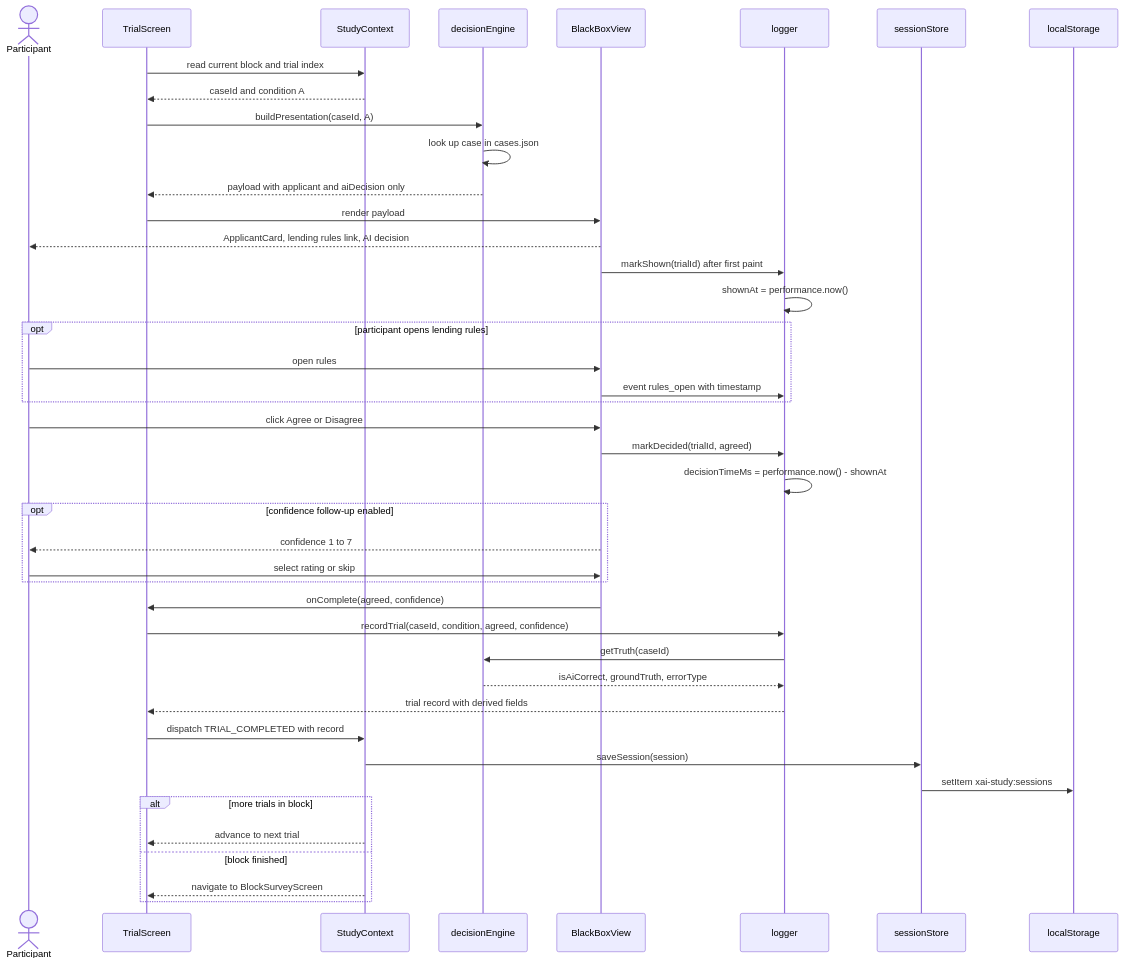
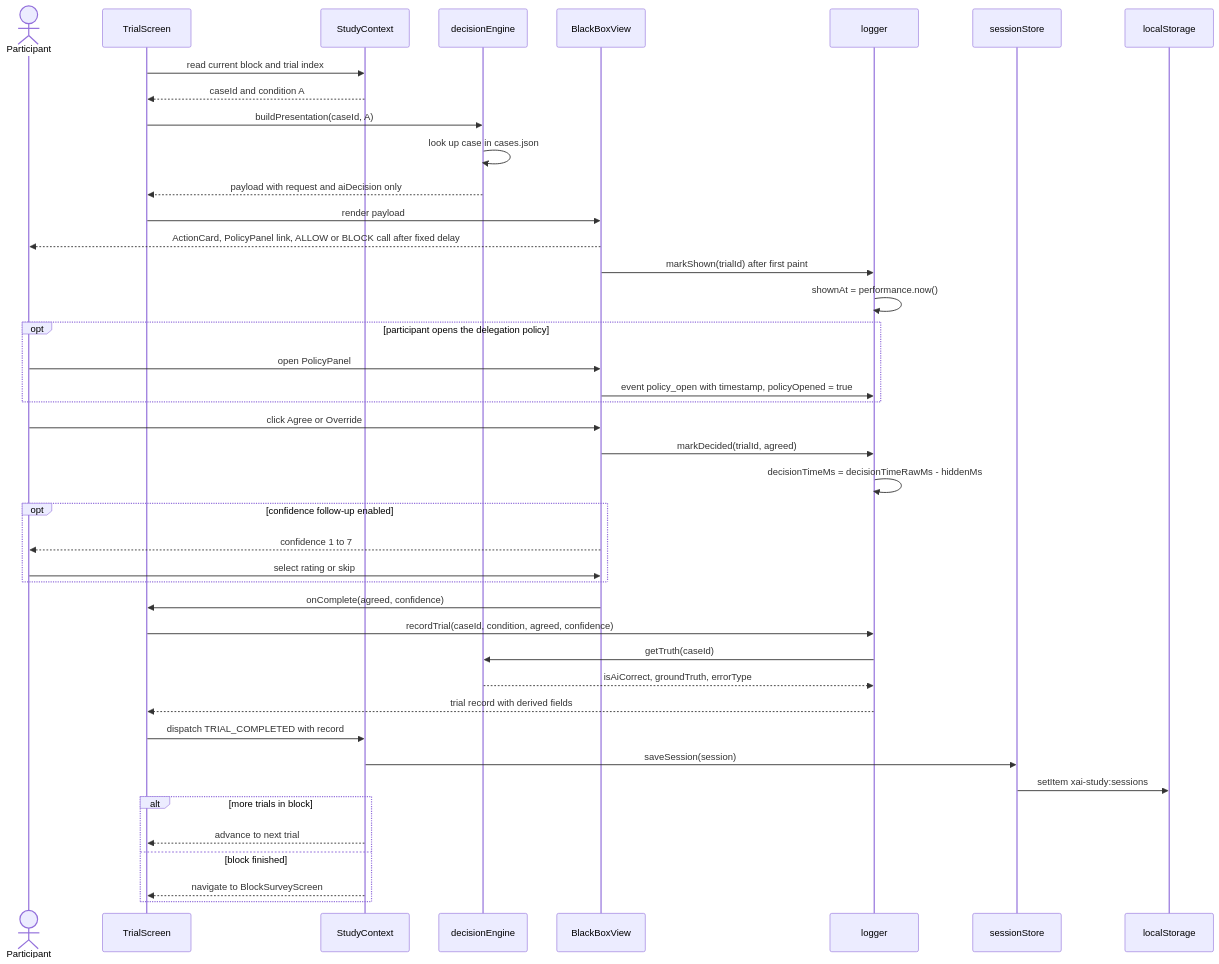
The second of 8 diagrams in docs/sequence-diagrams.md (bibekgupta3333/HCI), drawn with Mermaid before and after one commit. The commit also changed other lines of this file and 10 other files, not shown here.

````diff
--- a/docs/sequence-diagrams.md
+++ b/docs/sequence-diagrams.md
@@ -79,45 +81,45 @@
 ```mermaid
 sequenceDiagram
     actor P as Participant
     participant Trial as TrialScreen
     participant SC as StudyContext
     participant DE as decisionEngine
     participant View as BlackBoxView
     participant Log as logger
     participant SS as sessionStore
     participant LS as localStorage
 
     Trial->>SC: read current block and trial index
     SC-->>Trial: caseId and condition A
     Trial->>DE: buildPresentation(caseId, A)
     DE->>DE: look up case in cases.json
-    DE-->>Trial: payload with applicant and aiDecision only
+    DE-->>Trial: payload with request and aiDecision only
     Trial->>View: render payload
-    View-->>P: ApplicantCard, lending rules link, AI decision
+    View-->>P: ActionCard, PolicyPanel link, ALLOW or BLOCK call after fixed delay
     View->>Log: markShown(trialId) after first paint
     Log->>Log: shownAt = performance.now()
-    opt participant opens lending rules
-        P->>View: open rules
-        View->>Log: event rules_open with timestamp
+    opt participant opens the delegation policy
+        P->>View: open PolicyPanel
+        View->>Log: event policy_open with timestamp, policyOpened = true
     end
-    P->>View: click Agree or Disagree
+    P->>View: click Agree or Override
     View->>Log: markDecided(trialId, agreed)
-    Log->>Log: decisionTimeMs = performance.now() - shownAt
+    Log->>Log: decisionTimeMs = decisionTimeRawMs - hiddenMs
     opt confidence follow-up enabled
         View-->>P: confidence 1 to 7
         P->>View: select rating or skip
     end
     View->>Trial: onComplete(agreed, confidence)
     Trial->>Log: recordTrial(caseId, condition, agreed, confidence)
     Log->>DE: getTruth(caseId)
     DE-->>Log: isAiCorrect, groundTruth, errorType
     Log-->>Trial: trial record with derived fields
     Trial->>SC: dispatch TRIAL_COMPLETED with record
     SC->>SS: saveSession(session)
     SS->>LS: setItem xai-study:sessions
     alt more trials in block
         SC-->>Trial: advance to next trial
     else block finished
         SC-->>Trial: navigate to BlockSurveyScreen
     end
 ```
````
